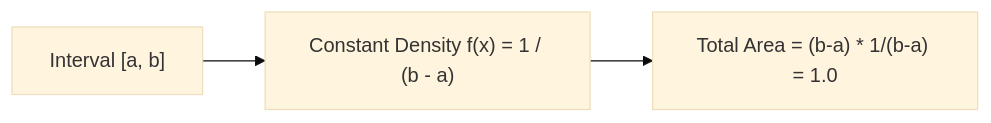
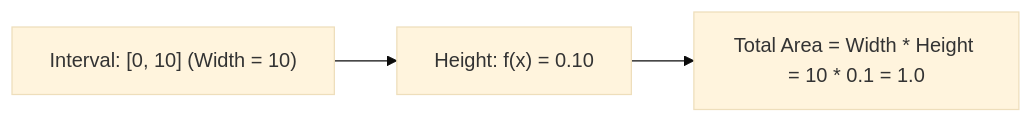
Before and after one commit to S1h2i3v4a/AI_ML: the diagram in lecture_20/Notes_20.19/README_HINGLISH.md, drawn with Mermaid (base theme). The commit also changed other lines of this file and 203 other files, not shown here.

Commit message:
docs(lectures 19-21): align notes with video lectures, add blackboard diagrams, clean structured functions, and compile vector PDFs

````diff
--- a/lecture_20/Notes_20.19/README_HINGLISH.md
+++ b/lecture_20/Notes_20.19/README_HINGLISH.md
@@ -14,5 +38,5 @@
 ```mermaid
 flowchart LR
-    A["Interval [a, b]"] --> B["Constant Density f(x) = 1 / (b - a)"]
-    B --> C["Total Area = (b-a) * 1/(b-a) = 1.0"]
+    A["Interval: [0, 10] (Width = 10)"] --> B["Height: f(x) = 0.10"]
+    B --> C["Total Area = Width * Height = 10 * 0.1 = 1.0"]
 ```
````
